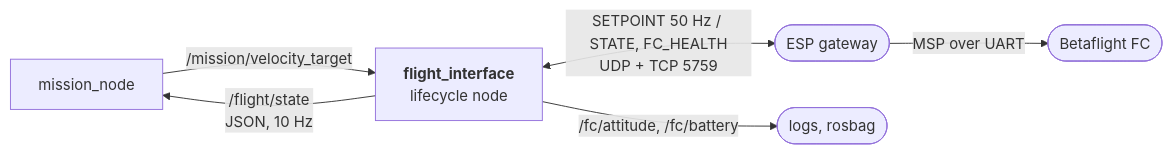
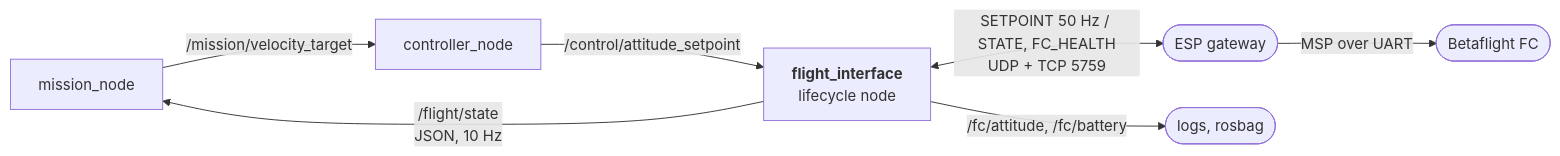
Before and after one commit to SEAME-pt/SEA-ME_Team1_ROSRangers: the diagram in docs/PraticalPlan/06 Gestures/05 Flight Interface Node.md, drawn with Mermaid. The commit also changed other lines of this file and 105 other files, not shown here.

First line of the commit message:
Cascade controller in PX4 SITL behind flight_interface (#199) (#253)

````diff
--- a/docs/PraticalPlan/06 Gestures/05 Flight Interface Node.md
+++ b/docs/PraticalPlan/06 Gestures/05 Flight Interface Node.md
@@ -32,8 +32,9 @@
 ```mermaid
 flowchart LR
-  M[mission_node] -->|"/mission/velocity_target"| FI["<b>flight_interface</b><br/>lifecycle node"]
+  M[mission_node] -->|"/mission/velocity_target"| C[controller_node]
+  C -->|"/control/attitude_setpoint"| FI["<b>flight_interface</b><br/>lifecycle node"]
   FI -->|"/flight/state<br/>JSON, 10 Hz"| M
   FI <-->|"SETPOINT 50 Hz / STATE, FC_HEALTH<br/>UDP + TCP 5759"| ESP([ESP gateway])
   ESP -->|"MSP over UART"| FC([Betaflight FC])
   FI -->|"/fc/attitude, /fc/battery"| OUT([logs, rosbag])
 ```
````
